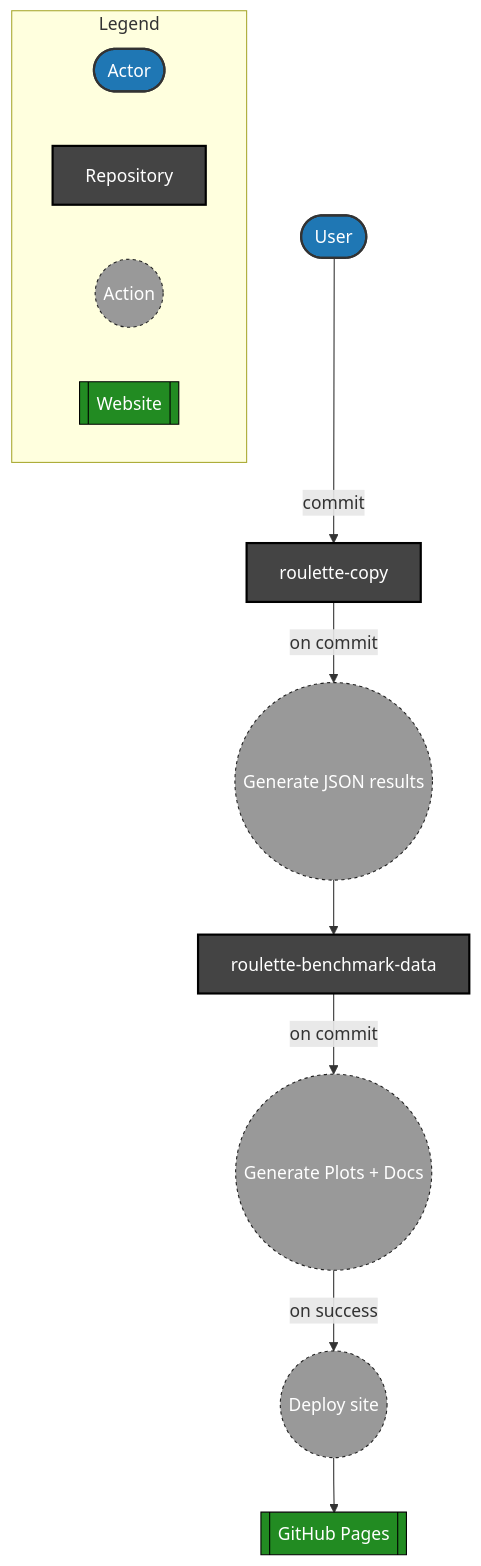
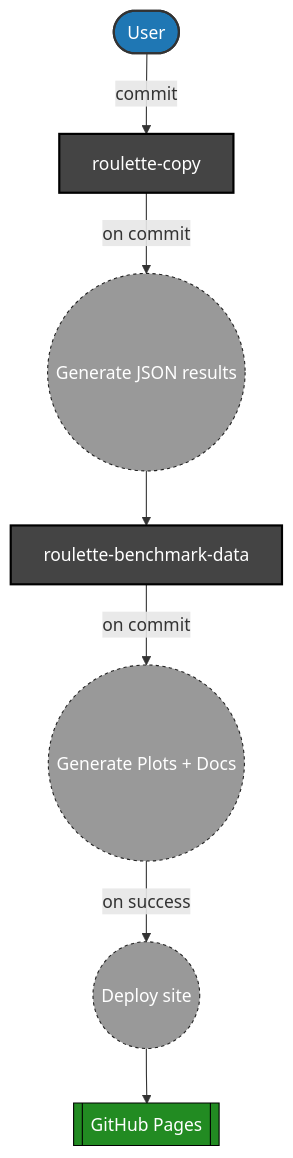
One commit to roulette-ppl/roulette-benchmark-data changed the diagram in README.md. Above: the diagram before and after it, drawn with Mermaid.

Commit message:
Update README.md no legend

````diff
--- a/README.md
+++ b/README.md
@@ -7,31 +7,23 @@
 ```mermaid
 graph TD
   %% Nodes
   U([User]):::actor
   RC[roulette-copy]:::repo
   RBD[roulette-benchmark-data]:::repo
   GP[[GitHub Pages]]:::web
 
   A1((Generate JSON results)):::action
   A2((Generate Plots + Docs)):::action
   A3((Deploy site)):::action
 
   %% Flows
   U -- commit --> RC
   RC -- on commit --> A1 --> RBD
   RBD -- on commit --> A2 -- on success --> A3 --> GP
 
-  %% Legend
-  subgraph Legend
-    L1([Actor]):::actor
-    L2[Repository]:::repo
-    L3((Action)):::action
-    L4[[Website]]:::web
-  end
-
   %% Styles
   classDef actor fill:#1f77b4,color:#fff,stroke:#333,stroke-width:2px
   classDef repo fill:#444,color:#fff,stroke:#000,stroke-width:2px
   classDef action fill:#999,color:#fff,stroke:#222,stroke-dasharray: 3 3
   classDef web fill:#228B22,color:#fff,stroke:#000
 ```
````
